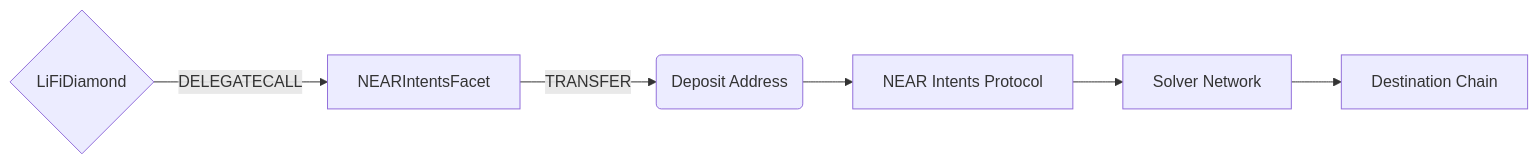
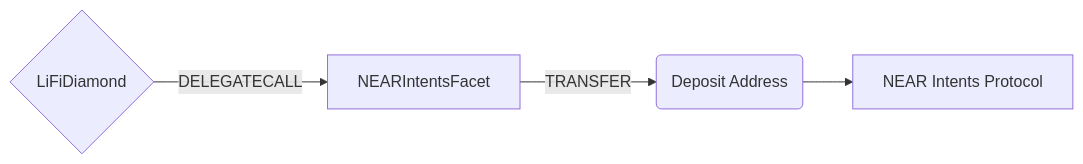
One commit to lifinance/contracts changed the diagram in docs/NEARIntentsFacet.md. Above: the diagram before and after it, drawn with Mermaid. The commit also changed other lines of this file, not shown here.

````diff
--- a/docs/NEARIntentsFacet.md
+++ b/docs/NEARIntentsFacet.md
@@ -9,8 +9,6 @@
 ```mermaid
 graph LR;
     D{LiFiDiamond}-- DELEGATECALL -->NEARIntentsFacet;
     NEARIntentsFacet -- TRANSFER --> DepositAddress(Deposit Address);
-    DepositAddress --> NI[NEAR Intents Protocol];
-    NI --> Solver[Solver Network];
-    Solver --> Dest[Destination Chain]
+    DepositAddress --> NI[NEAR Intents Protocol]
 ```
````
